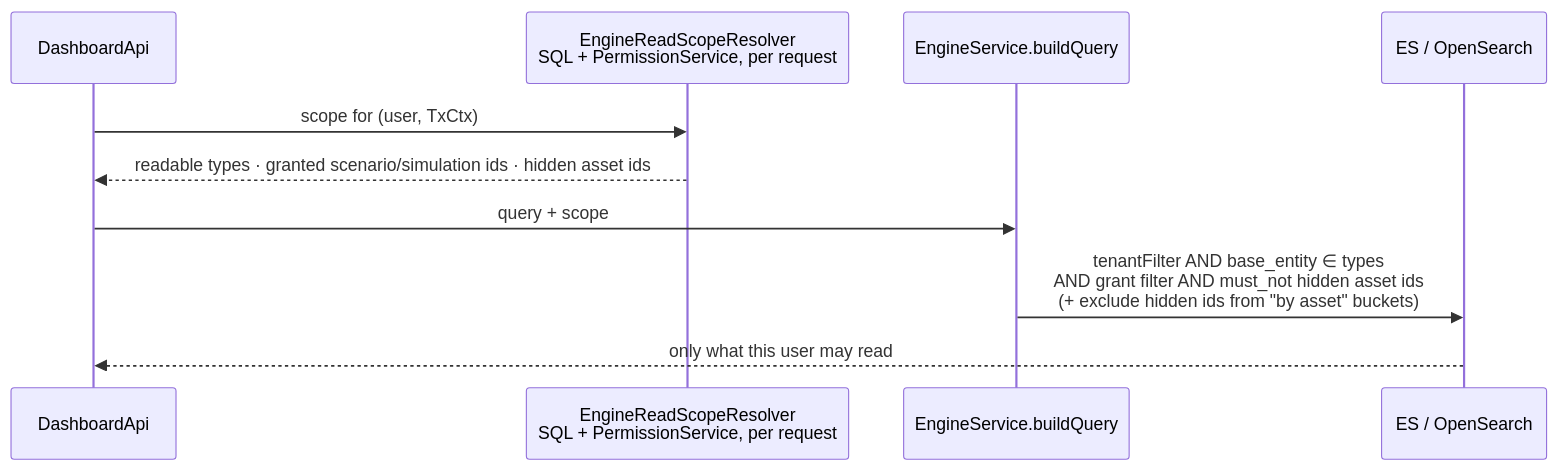
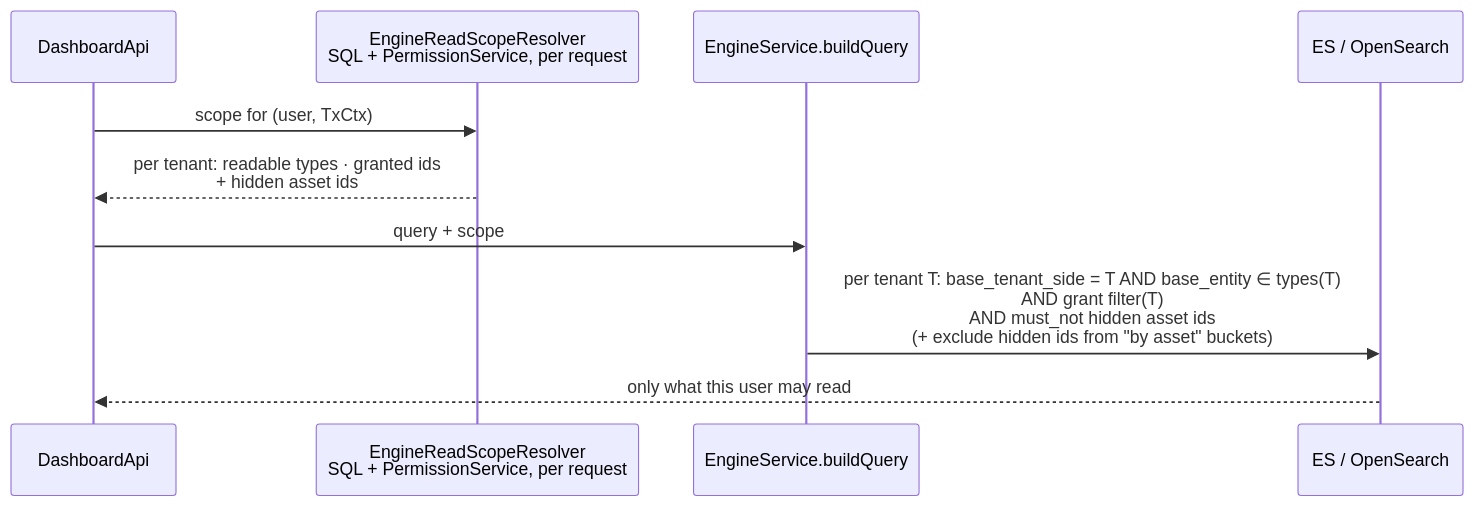
The first of 2 diagrams in brainstorming/marking/task4/tech-design-dashboard.md (OpenBAS-Platform/openbas), drawn with Mermaid before and after one commit. The commit also changed other lines of this file and 12 other files, not shown here.

````diff
--- a/brainstorming/marking/task4/tech-design-dashboard.md
+++ b/brainstorming/marking/task4/tech-design-dashboard.md
@@ -334,13 +309,13 @@
 ```mermaid
 sequenceDiagram
     participant API as DashboardApi
     participant SEC as EngineReadScopeResolver<br/>SQL + PermissionService, per request
     participant ENG as EngineService.buildQuery
     participant ES as ES / OpenSearch
 
     API->>SEC: scope for (user, TxCtx)
-    SEC-->>API: readable types · granted scenario/simulation ids · hidden asset ids
+    SEC-->>API: per tenant: readable types · granted ids<br/>+ hidden asset ids
     API->>ENG: query + scope
-    ENG->>ES: tenantFilter AND base_entity ∈ types<br/>AND grant filter AND must_not hidden asset ids<br/>(+ exclude hidden ids from "by asset" buckets)
+    ENG->>ES: per tenant T: base_tenant_side = T AND base_entity ∈ types(T)<br/>AND grant filter(T)<br/>AND must_not hidden asset ids<br/>(+ exclude hidden ids from "by asset" buckets)
     ES-->>API: only what this user may read
 ```
````
